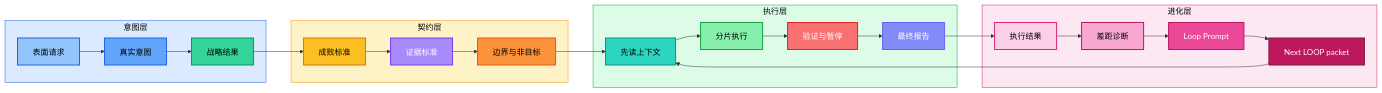
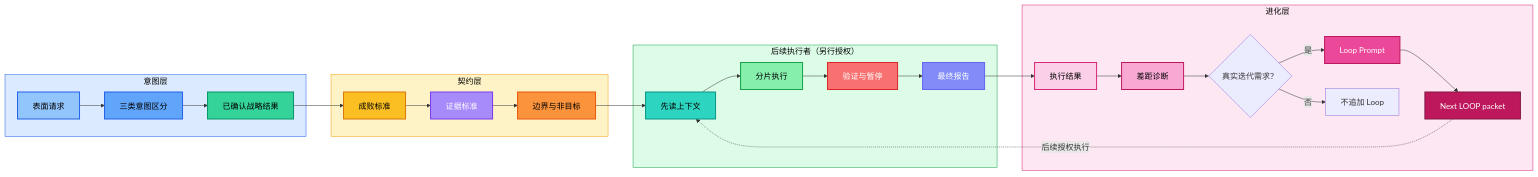
Before and after one commit to KimYx0207/Kim_Service: the first of 3 diagrams in skills/goalpro/README.md, drawn with Mermaid. The commit also changed other lines of this file and 10 other files, not shown here.

````diff
--- a/skills/goalpro/README.md
+++ b/skills/goalpro/README.md
@@ -57,47 +59,49 @@
 ```mermaid
 flowchart LR
     subgraph intent["意图层"]
-        A["表面请求"] --> B["真实意图"]
-        B --> C["战略结果"]
+        A["表面请求"] --> B["三类意图区分"]
+        B --> C["已确认战略结果"]
     end
 
     subgraph contract["契约层"]
         C --> D["成败标准"]
         D --> E["证据标准"]
         E --> F["边界与非目标"]
     end
 
-    subgraph execution["执行层"]
+    subgraph execution["后续执行者（另行授权）"]
         F --> G["先读上下文"]
         G --> H["分片执行"]
         H --> I["验证与暂停"]
         I --> J["最终报告"]
     end
 
     subgraph loop["进化层"]
         J --> K["执行结果"]
         K --> L["差距诊断"]
-        L --> M["Loop Prompt"]
+        L --> Q{"真实迭代需求？"}
+        Q -->|是| M["Loop Prompt"]
+        Q -->|否| O["不追加 Loop"]
         M --> N["Next LOOP packet"]
-        N --> G
+        N -.->|后续授权执行| G
     end
 
     style intent fill:#dbeafe,stroke:#2563eb,color:#000
     style contract fill:#fef3c7,stroke:#f59e0b,color:#000
     style execution fill:#dcfce7,stroke:#16a34a,color:#000
     style loop fill:#fce7f3,stroke:#db2777,color:#000
     style A fill:#93c5fd,stroke:#2563eb,color:#000,stroke-width:2px
     style B fill:#60a5fa,stroke:#2563eb,color:#000,stroke-width:2px
     style C fill:#34d399,stroke:#059669,color:#000,stroke-width:2px
     style D fill:#fbbf24,stroke:#d97706,color:#000,stroke-width:2px
     style E fill:#a78bfa,stroke:#7c3aed,color:#fff,stroke-width:2px
     style F fill:#fb923c,stroke:#ea580c,color:#000,stroke-width:2px
     style G fill:#2dd4bf,stroke:#0d9488,color:#000,stroke-width:2px
     style H fill:#86efac,stroke:#16a34a,color:#000,stroke-width:2px
     style I fill:#f87171,stroke:#dc2626,color:#fff,stroke-width:2px
     style J fill:#818cf8,stroke:#6366f1,color:#fff,stroke-width:2px
     style K fill:#fbcfe8,stroke:#db2777,color:#000,stroke-width:2px
     style L fill:#f9a8d4,stroke:#be185d,color:#000,stroke-width:2px
     style M fill:#ec4899,stroke:#be185d,color:#fff,stroke-width:2px
     style N fill:#be185d,stroke:#831843,color:#fff,stroke-width:2px
 ```
````
